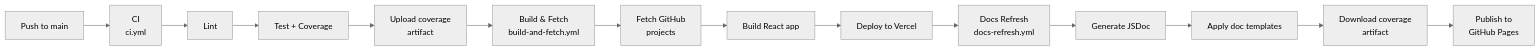
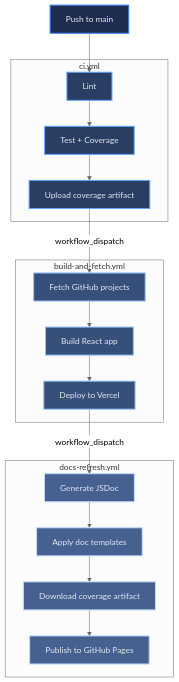
Before and after one commit to Keglev/my-portfolio: the diagram in docs/architecture/ci-cd-pipeline.md, drawn with Mermaid (neutral theme). The commit also changed 8 other files, not shown here.

Commit message:
changed style for make more colorful mermaid diagrams; updated docs to reflect change in style

````diff
--- a/docs/architecture/ci-cd-pipeline.md
+++ b/docs/architecture/ci-cd-pipeline.md
@@ -17,16 +17,40 @@
 ```mermaid
-flowchart LR
-    Push["Push to main"] --> CI["CI\nci.yml"]
-    CI --> Lint["Lint"]
-    Lint --> Test["Test + Coverage"]
-    Test --> Artifact["Upload coverage\nartifact"]
-    Artifact --> BuildFetch["Build & Fetch\nbuild-and-fetch.yml"]
-    BuildFetch --> FetchGH["Fetch GitHub\nprojects"]
-    FetchGH --> BuildReact["Build React app"]
-    BuildReact --> Vercel["Deploy to Vercel"]
-    Vercel --> DocsRefresh["Docs Refresh\ndocs-refresh.yml"]
-    DocsRefresh --> JSDoc["Generate JSDoc"]
-    JSDoc --> Templates["Apply doc templates"]
-    Templates --> Coverage["Download coverage\nartifact"]
-    Coverage --> GHPages["Publish to\nGitHub Pages"]
+flowchart TD
+    Push["Push to main"]
+
+    subgraph CI["ci.yml"]
+        Lint["Lint"]
+        Test["Test + Coverage"]
+        Artifact["Upload coverage artifact"]
+        Lint --> Test --> Artifact
+    end
+
+    subgraph BF["build-and-fetch.yml"]
+        FetchGH["Fetch GitHub projects"]
+        BuildReact["Build React app"]
+        VercelDeploy["Deploy to Vercel"]
+        FetchGH --> BuildReact --> VercelDeploy
+    end
+
+    subgraph DR["docs-refresh.yml"]
+        JSDoc["Generate JSDoc"]
+        Templates["Apply doc templates"]
+        Coverage["Download coverage artifact"]
+        GHPages["Publish to GitHub Pages"]
+        JSDoc --> Templates --> Coverage --> GHPages
+    end
+
+    Push --> Lint
+    Artifact -->|"workflow_dispatch"| FetchGH
+    VercelDeploy -->|"workflow_dispatch"| JSDoc
+
+    class Push l1
+    class Lint,Test,Artifact l2
+    class FetchGH,BuildReact,VercelDeploy l3
+    class JSDoc,Templates,Coverage,GHPages l4
+
+    classDef l1 fill:#1e2d4f,stroke:#3B82F6,stroke-width:2px,color:#E2E8F0
+    classDef l2 fill:#2a3d62,stroke:#60A5FA,stroke-width:2px,color:#E2E8F0
+    classDef l3 fill:#37507a,stroke:#93C5FD,stroke-width:2px,color:#E2E8F0
+    classDef l4 fill:#466090,stroke:#BFDBFE,stroke-width:2px,color:#E2E8F0
 ```
````
